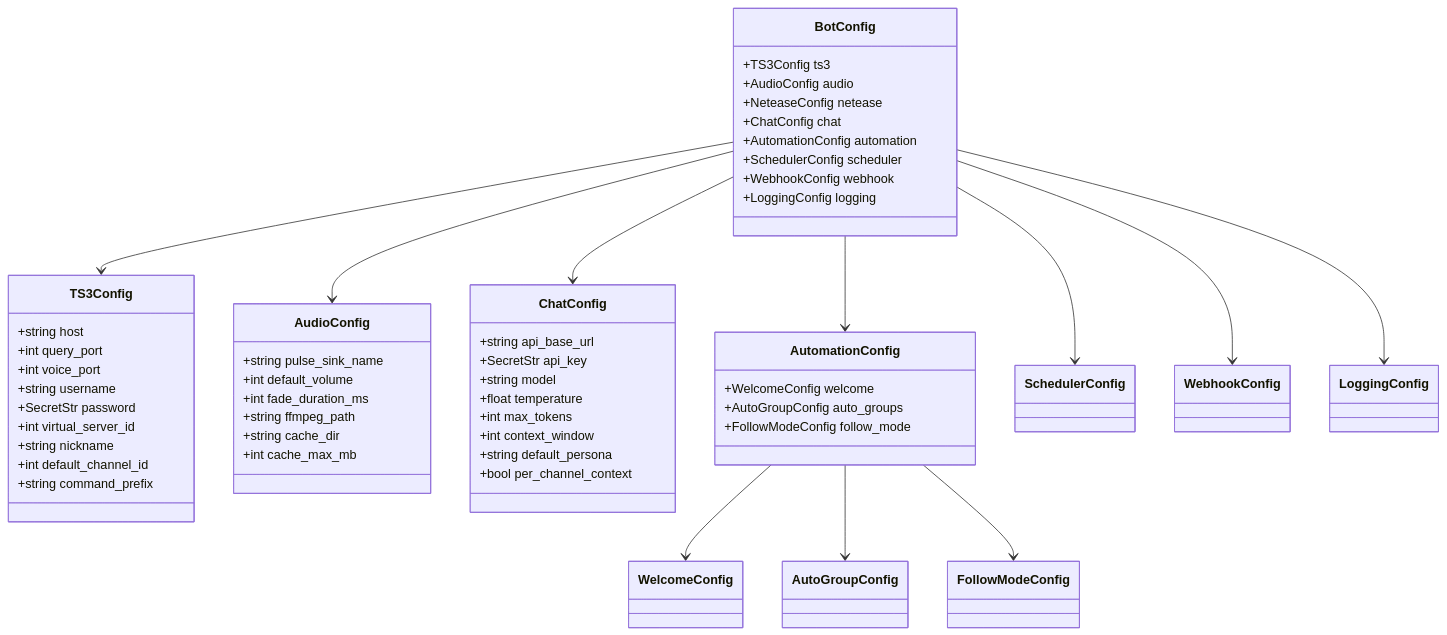
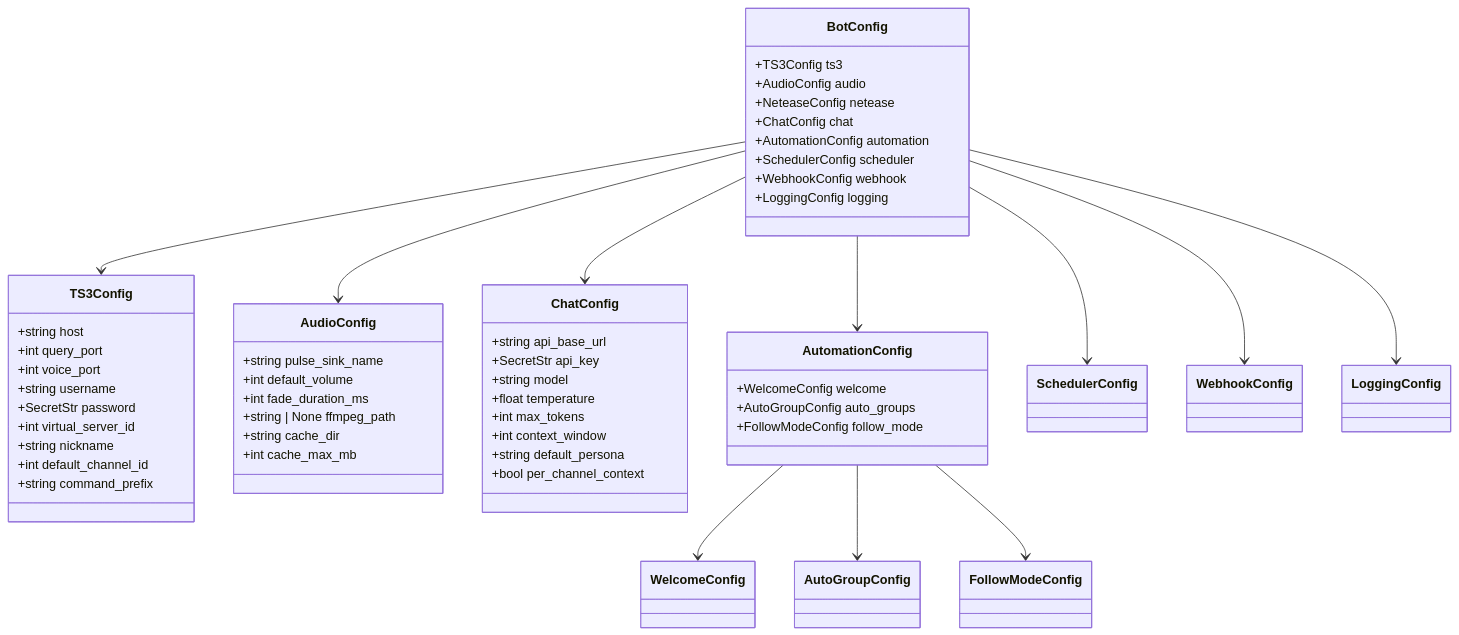
Before and after one commit to GhoulOwl/Teamspeak3_Bot: the second of 8 diagrams in .qoder/repowiki/zh/content/配置管理.md, drawn with Mermaid. The commit also changed other lines of this file and 7 other files, not shown here.

````diff
--- a/.qoder/repowiki/zh/content/配置管理.md
+++ b/.qoder/repowiki/zh/content/配置管理.md
@@ -80,57 +99,57 @@
 ```mermaid
 classDiagram
 class BotConfig {
 +TS3Config ts3
 +AudioConfig audio
 +NeteaseConfig netease
 +ChatConfig chat
 +AutomationConfig automation
 +SchedulerConfig scheduler
 +WebhookConfig webhook
 +LoggingConfig logging
 }
 class TS3Config {
 +string host
 +int query_port
 +int voice_port
 +string username
 +SecretStr password
 +int virtual_server_id
 +string nickname
 +int default_channel_id
 +string command_prefix
 }
 class AudioConfig {
 +string pulse_sink_name
 +int default_volume
 +int fade_duration_ms
-+string ffmpeg_path
++string | None ffmpeg_path
 +string cache_dir
 +int cache_max_mb
 }
 class ChatConfig {
 +string api_base_url
 +SecretStr api_key
 +string model
 +float temperature
 +int max_tokens
 +int context_window
 +string default_persona
 +bool per_channel_context
 }
 class AutomationConfig {
 +WelcomeConfig welcome
 +AutoGroupConfig auto_groups
 +FollowModeConfig follow_mode
 }
 BotConfig --> TS3Config
 BotConfig --> AudioConfig
 BotConfig --> ChatConfig
 BotConfig --> AutomationConfig
 BotConfig --> SchedulerConfig
 BotConfig --> WebhookConfig
 BotConfig --> LoggingConfig
 AutomationConfig --> WelcomeConfig
 AutomationConfig --> AutoGroupConfig
 AutomationConfig --> FollowModeConfig
 ```
````
